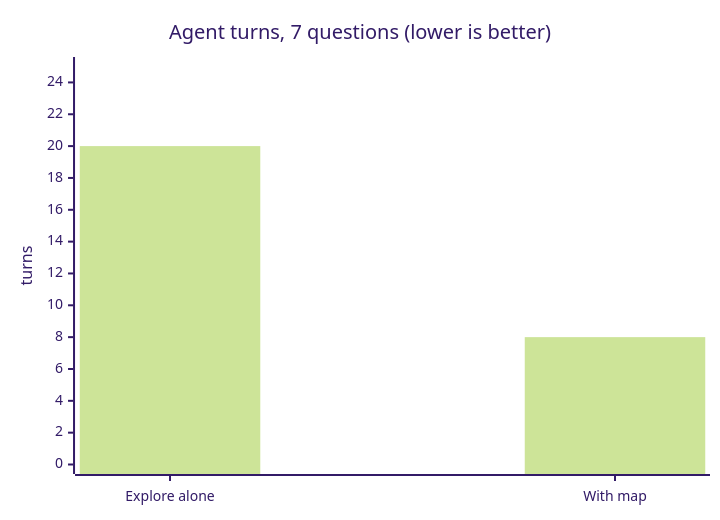
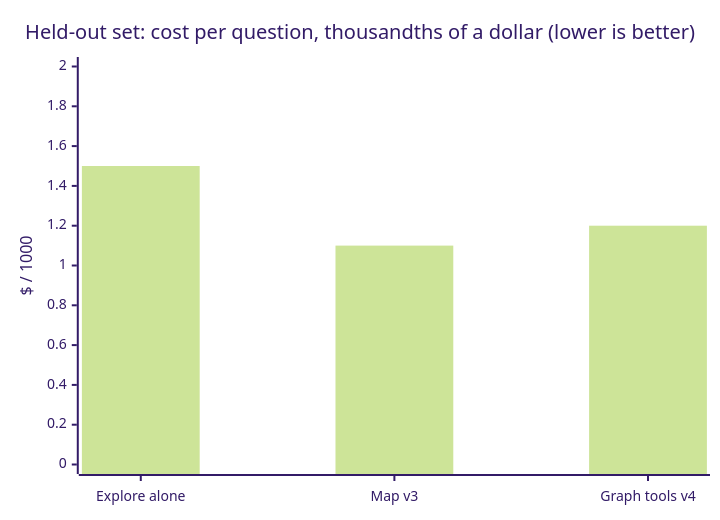
Before and after one commit to Lemxy/Armyx: the second of 3 diagrams in README.md, drawn with Mermaid (forest theme). The commit also changed other lines of this file and 49 other files, not shown here.

````diff
--- a/README.md
+++ b/README.md
@@ -22,7 +33,7 @@
 ```mermaid
 xychart-beta
-    title "Agent turns, 7 questions (lower is better)"
-    x-axis ["Explore alone", "With map"]
-    y-axis "turns" 0 --> 25
-    bar [20, 8]
+    title "Held-out set: cost per question, thousandths of a dollar (lower is better)"
+    x-axis ["Explore alone", "Map v3", "Graph tools v4"]
+    y-axis "$ / 1000" 0 --> 2
+    bar [1.5, 1.1, 1.2]
 ```
````
